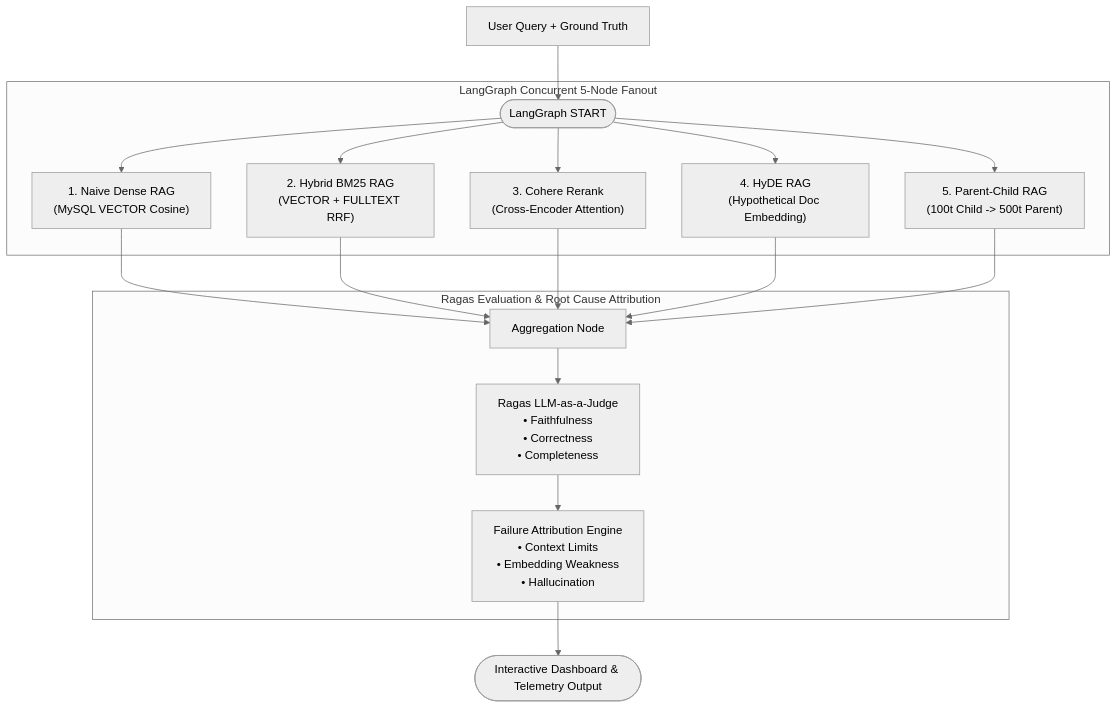
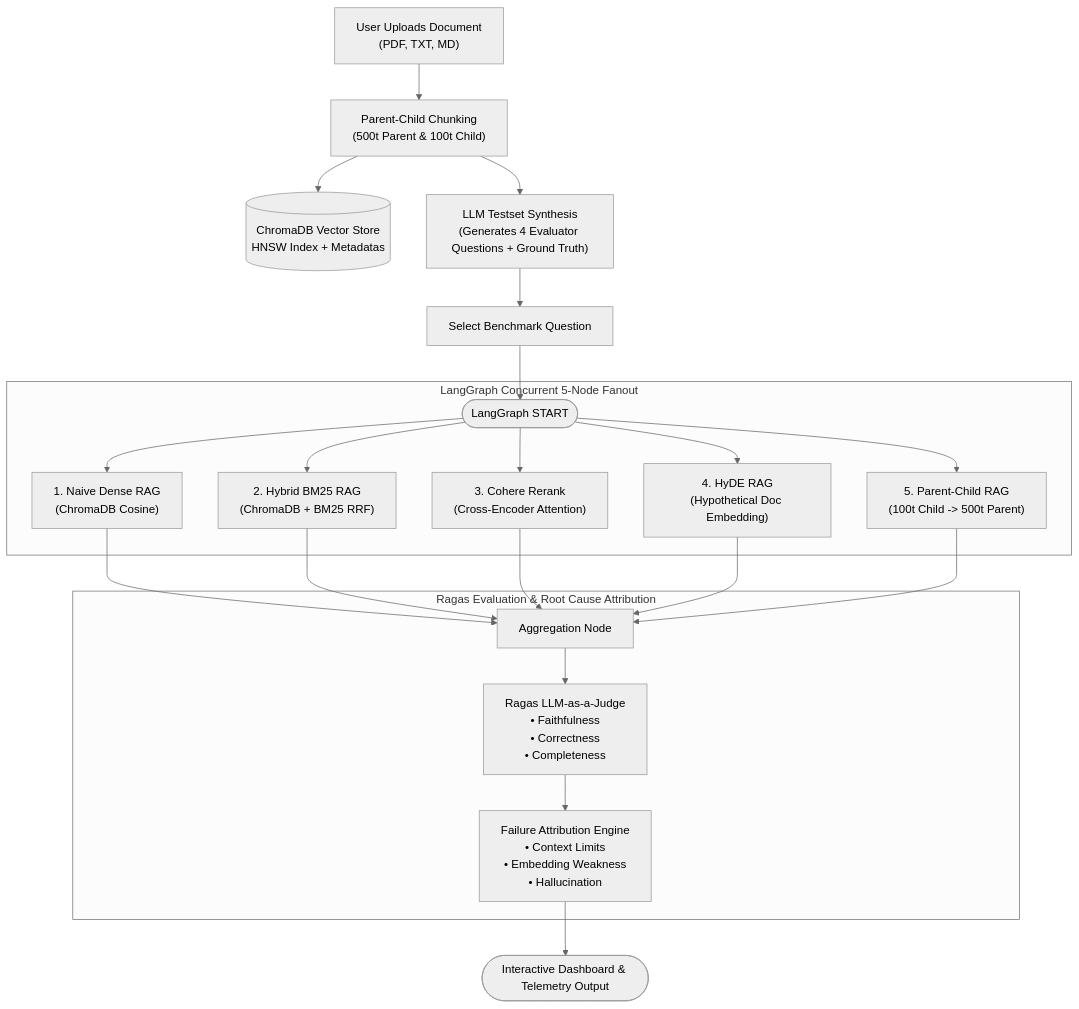
Before and after one commit to Japnitsingh123/RAGLens: the diagram in README.md, drawn with Mermaid (neutral theme). The commit also changed other lines of this file and 9 other files, not shown here.

Commit message:
feat: integrate ChromaDB for document ingestion and AI synthetic benchmark question generation

````diff
--- a/README.md
+++ b/README.md
@@ -32,25 +33,30 @@
 ```mermaid
 flowchart TD
-    Q["User Query + Ground Truth"] --> START(["LangGraph START"])
+    DOC["User Uploads Document\n(PDF, TXT, MD)"] --> CHUNK["Parent-Child Chunking\n(500t Parent & 100t Child)"]
+    CHUNK --> CHROMA[("ChromaDB Vector Store\nHNSW Index + Metadatas")]
+    CHUNK --> LLM_GEN["LLM Testset Synthesis\n(Generates 4 Evaluator Questions + Ground Truth)"]
+    
+    LLM_GEN --> Q["Select Benchmark Question"]
+    Q --> START(["LangGraph START"])
     
     subgraph ParallelFanout ["LangGraph Concurrent 5-Node Fanout"]
-        START --> N1["1. Naive Dense RAG\n(MySQL VECTOR Cosine)"]
-        START --> N2["2. Hybrid BM25 RAG\n(VECTOR + FULLTEXT RRF)"]
+        START --> N1["1. Naive Dense RAG\n(ChromaDB Cosine)"]
+        START --> N2["2. Hybrid BM25 RAG\n(ChromaDB + BM25 RRF)"]
         START --> N3["3. Cohere Rerank\n(Cross-Encoder Attention)"]
         START --> N4["4. HyDE RAG\n(Hypothetical Doc Embedding)"]
         START --> N5["5. Parent-Child RAG\n(100t Child -> 500t Parent)"]
     end
 
     N1 --> AGG["Aggregation Node"]
     N2 --> AGG
     N3 --> AGG
     N4 --> AGG
     N5 --> AGG
 
     subgraph EvaluationAttribution ["Ragas Evaluation & Root Cause Attribution"]
         AGG --> RAGAS["Ragas LLM-as-a-Judge\n• Faithfulness\n• Correctness\n• Completeness"]
         RAGAS --> DIAG["Failure Attribution Engine\n• Context Limits\n• Embedding Weakness\n• Hallucination"]
     end
 
     DIAG --> END(["Interactive Dashboard & Telemetry Output"])
 ```
````
